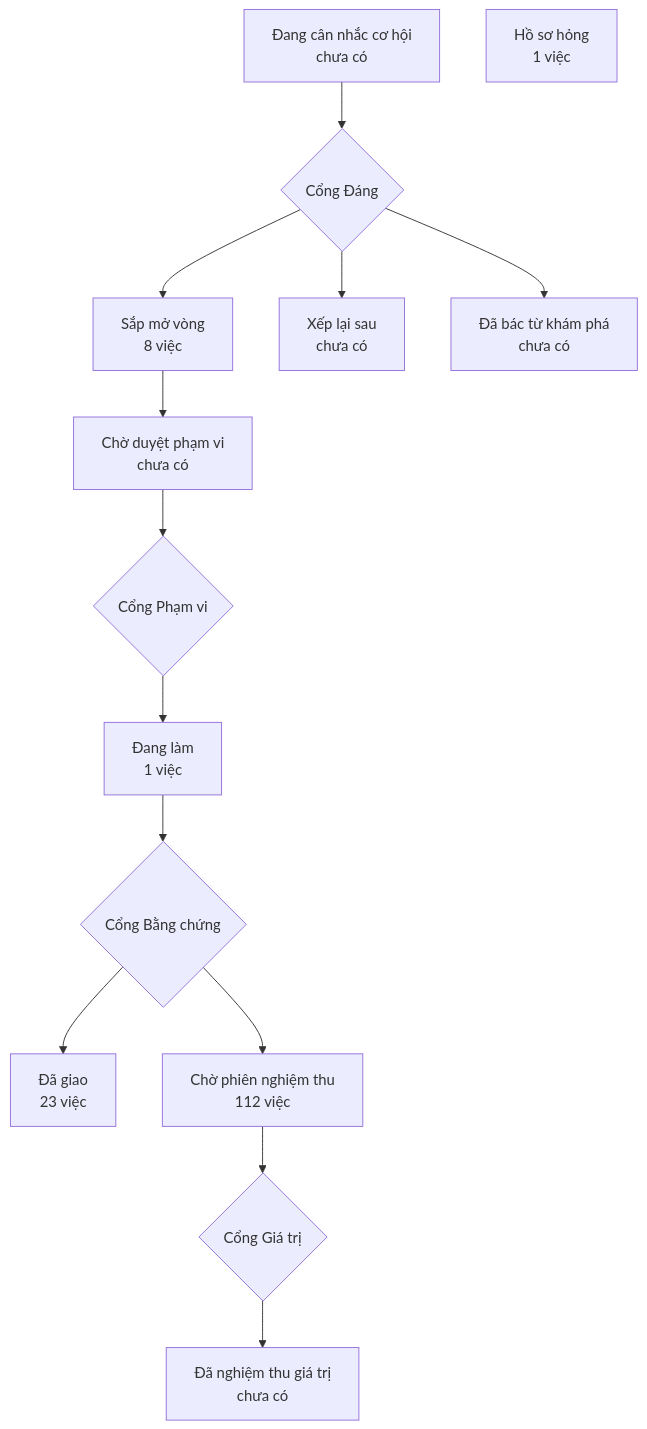
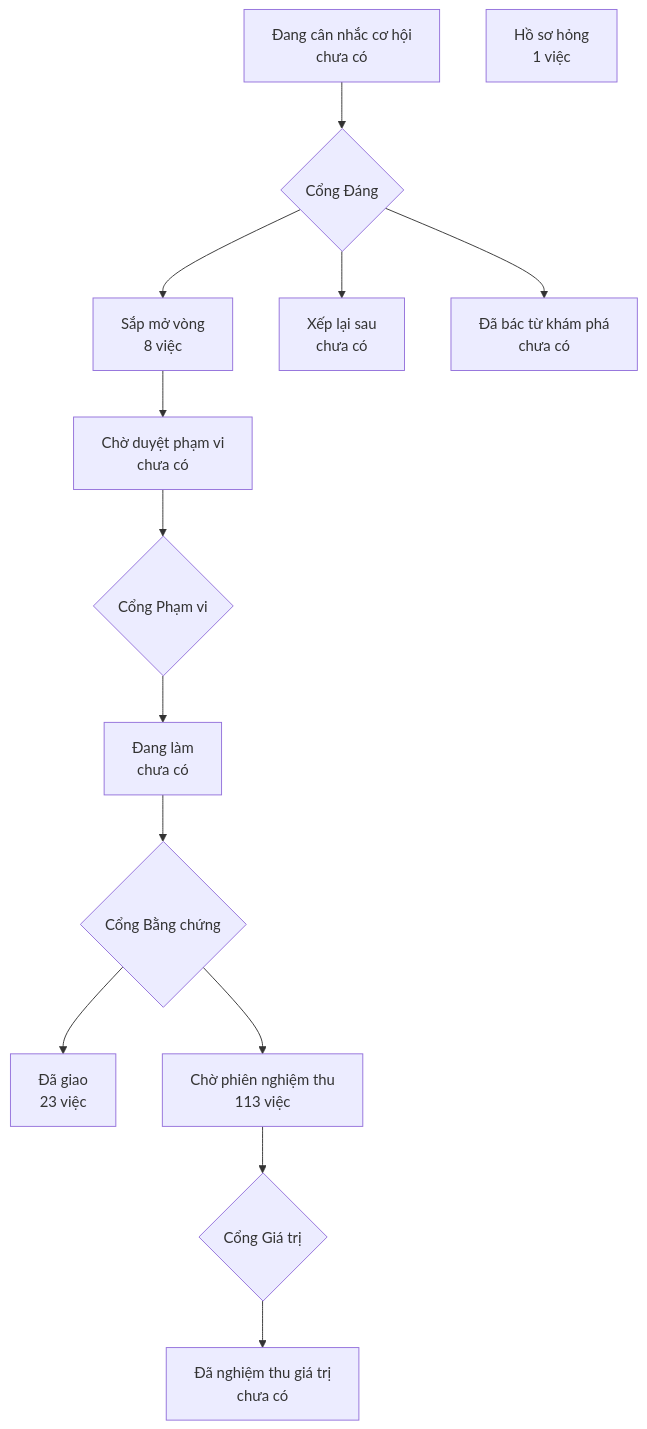
Before and after one commit to phanlemanh/onehub-quy-hang: the diagram in PRODUCT-MAP.md, drawn with Mermaid. The commit also changed other lines of this file and 4 other files, not shown here.

````diff
--- a/PRODUCT-MAP.md
+++ b/PRODUCT-MAP.md
@@ -7,13 +7,13 @@
 ```mermaid
 flowchart TD
   A["Đang cân nhắc cơ hội<br/>chưa có"] --> GD{"Cổng Đáng"}
   GD --> B["Sắp mở vòng<br/>8 việc"]
   GD --> XL["Xếp lại sau<br/>chưa có"]
   GD --> DB["Đã bác từ khám phá<br/>chưa có"]
   B --> CD["Chờ duyệt phạm vi<br/>chưa có"] --> GP{"Cổng Phạm vi"}
-  GP --> DL["Đang làm<br/>1 việc"] --> GB{"Cổng Bằng chứng"}
+  GP --> DL["Đang làm<br/>chưa có"] --> GB{"Cổng Bằng chứng"}
   GB --> DG["Đã giao<br/>23 việc"]
-  GB --> CN["Chờ phiên nghiệm thu<br/>112 việc"] --> GG{"Cổng Giá trị"}
+  GB --> CN["Chờ phiên nghiệm thu<br/>113 việc"] --> GG{"Cổng Giá trị"}
   GG --> NT["Đã nghiệm thu giá trị<br/>chưa có"]
   HS["Hồ sơ hỏng<br/>1 việc"]
 ```
````
